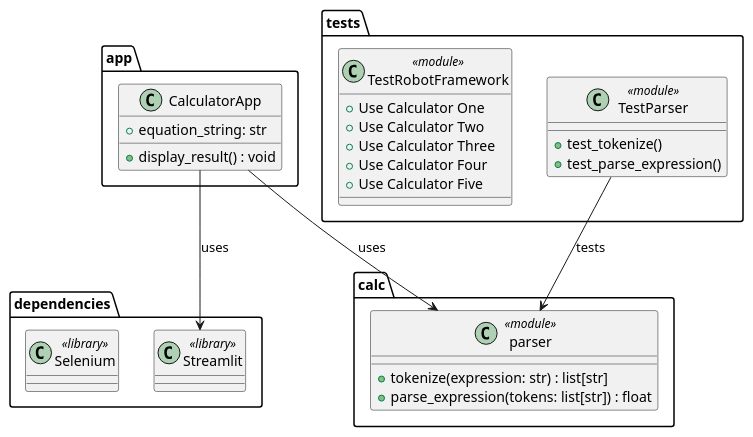
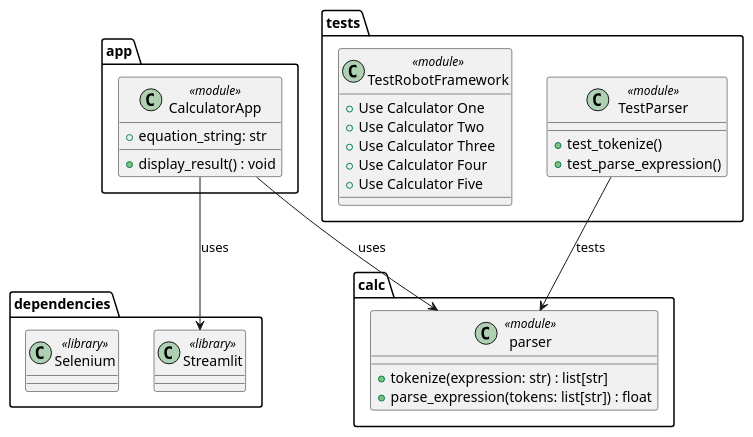
Before and after one commit to TomaszBurnejko/calculator_project: the diagram in calc/klasy.plantuml, drawn with PlantUML.

Commit message:
update class

```diff
--- a/calc/klasy.plantuml
+++ b/calc/klasy.plantuml
@@ -1,37 +1,37 @@
 @startuml
 
 package "calc" {
     class parser <<module>> {
         + tokenize(expression: str) : list[str]
         + parse_expression(tokens: list[str]) : float
     }
 }
 package "app" {
-    class CalculatorApp {
+    class CalculatorApp <<module>> {
         + equation_string: str
         + display_result() : void
     }
 }
 package "dependencies" {
     class Streamlit <<library>>
     class Selenium <<library>>
 }
 
 package "tests" {
     class TestParser <<module>> {
         + test_tokenize()
         + test_parse_expression()
     }
     class TestRobotFramework <<module>> {
         + Use Calculator One
         + Use Calculator Two
         + Use Calculator Three
         + Use Calculator Four
         + Use Calculator Five
     }
 }
 CalculatorApp --> parser : uses
 CalculatorApp --> Streamlit : uses
 TestParser --> parser : tests
 
 @enduml
```
